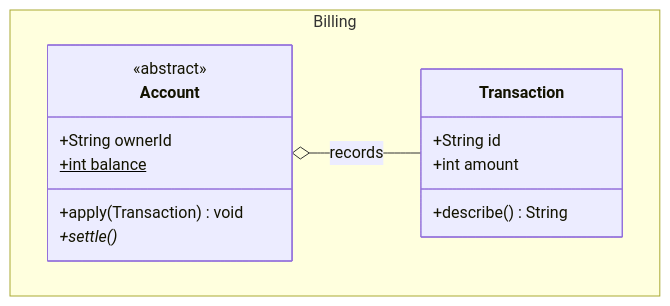
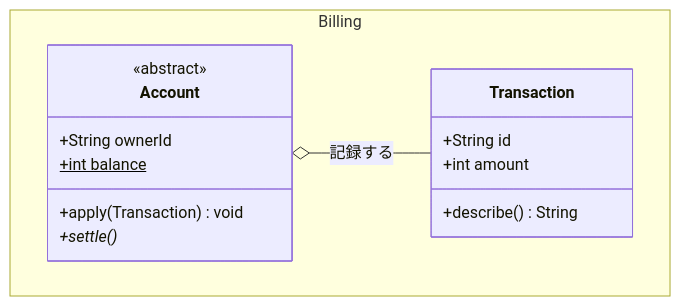
Before and after one commit to kohdice/mp-rs: diagram 23 of 29 in examples/EXAMPLE_ja.md, drawn with Mermaid. The commit also changed other lines of this file and 1 other file, not shown here.

````diff
--- a/examples/EXAMPLE_ja.md
+++ b/examples/EXAMPLE_ja.md
@@ -317,18 +498,18 @@
 ```mermaid
 classDiagram
     namespace Billing {
         class Account {
             <<abstract>>
             +String ownerId
             +int balance$
             +apply(Transaction) void
             +settle()*
         }
         class Transaction {
             +String id
             +int amount
             +describe() String
         }
     }
-    Account o-- Transaction : records
+    Account o-- Transaction : 記録する
 ```
````
